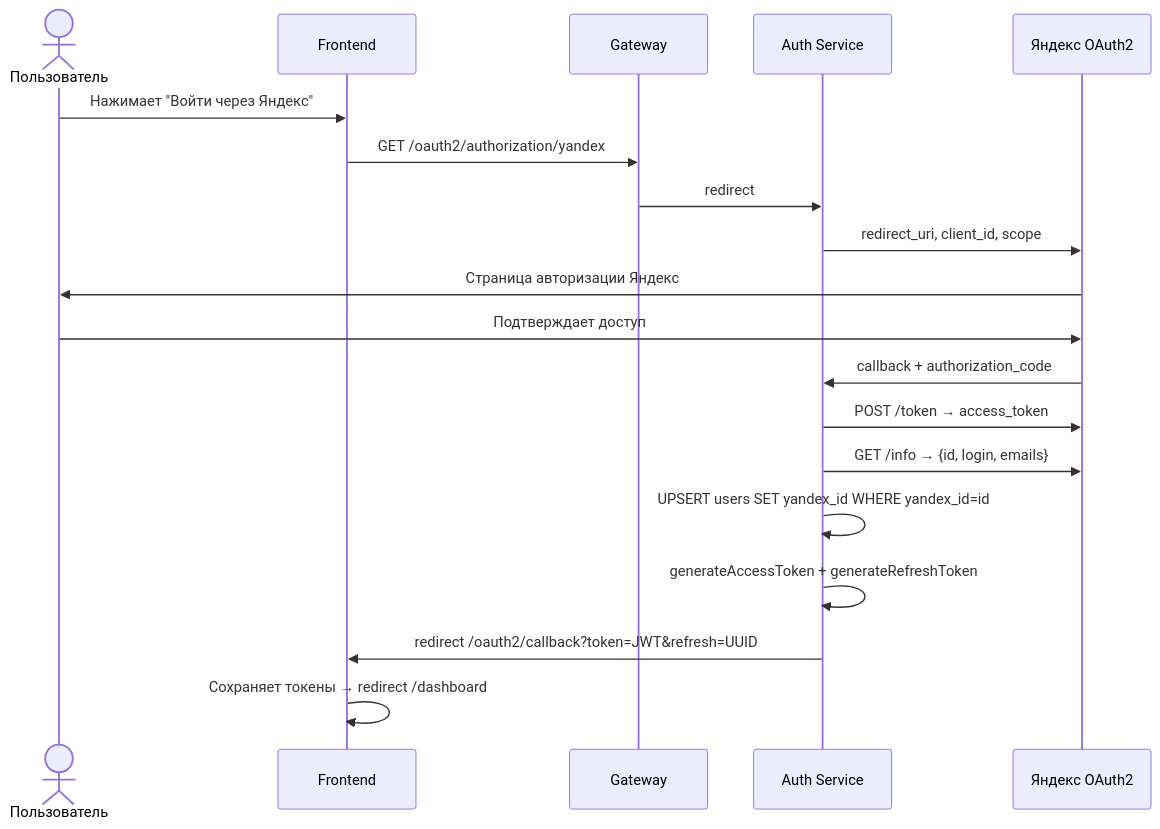
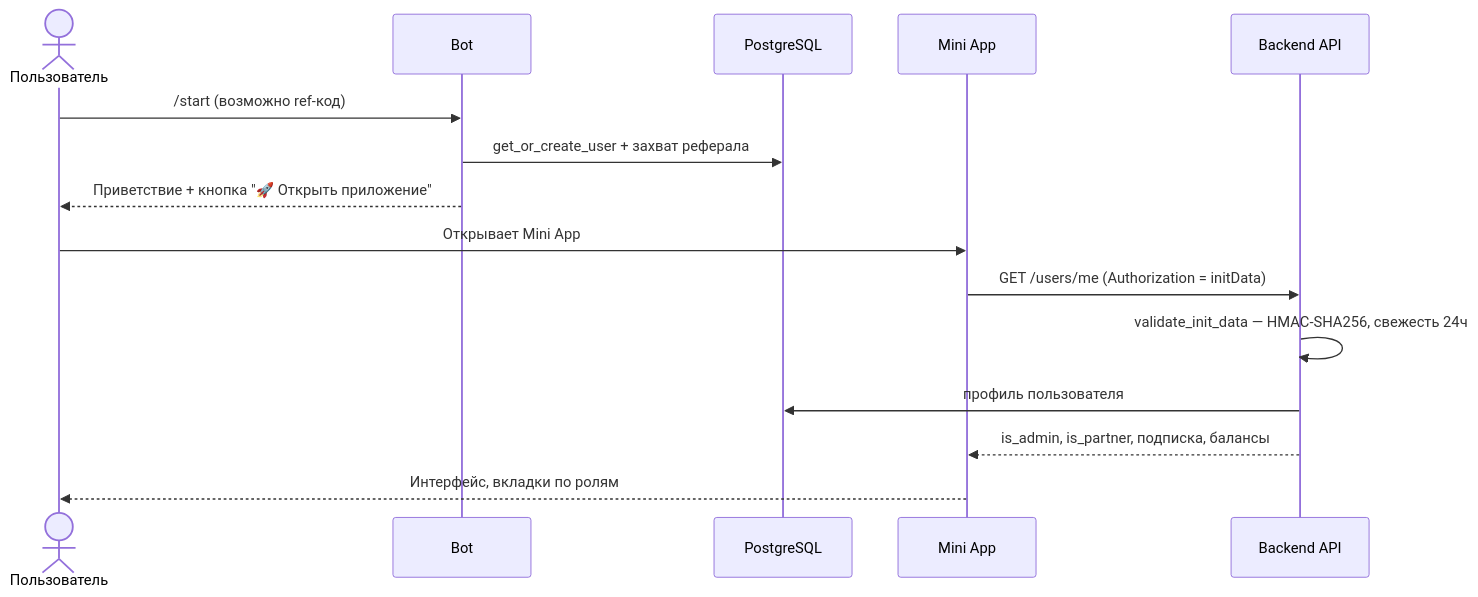
One commit to Butcher044/H2-Hibernate changed the third of 11 diagrams in README.md. Above: the diagram before and after it, drawn with Mermaid. The commit also changed other lines of this file, not shown here.

````diff
--- a/README.md
+++ b/README.md
@@ -316,22 +85,18 @@
 ```mermaid
 sequenceDiagram
     actor U as Пользователь
-    participant FE as Frontend
-    participant GW as Gateway
-    participant AU as Auth Service
-    participant YA as Яндекс OAuth2
+    participant B as Bot
+    participant DB as PostgreSQL
+    participant S as Mini App
+    participant API as Backend API
 
-    U->>FE: Нажимает "Войти через Яндекс"
-    FE->>GW: GET /oauth2/authorization/yandex
-    GW->>AU: redirect
-    AU->>YA: redirect_uri, client_id, scope
-    YA->>U: Страница авторизации Яндекс
-    U->>YA: Подтверждает доступ
-    YA->>AU: callback + authorization_code
-    AU->>YA: POST /token → access_token
-    AU->>YA: GET /info → {id, login, emails}
-    AU->>AU: UPSERT users SET yandex_id WHERE yandex_id=id
-    AU->>AU: generateAccessToken + generateRefreshToken
-    AU->>FE: redirect /oauth2/callback?token=JWT&refresh=UUID
-    FE->>FE: Сохраняет токены → redirect /dashboard
+    U->>B: /start (возможно ref-код)
+    B->>DB: get_or_create_user + захват реферала
+    B-->>U: Приветствие + кнопка "🚀 Открыть приложение"
+    U->>S: Открывает Mini App
+    S->>API: GET /users/me (Authorization = initData)
+    API->>API: validate_init_data — HMAC-SHA256, свежесть 24ч
+    API->>DB: профиль пользователя
+    API-->>S: is_admin, is_partner, подписка, балансы
+    S-->>U: Интерфейс, вкладки по ролям
 ```
````
